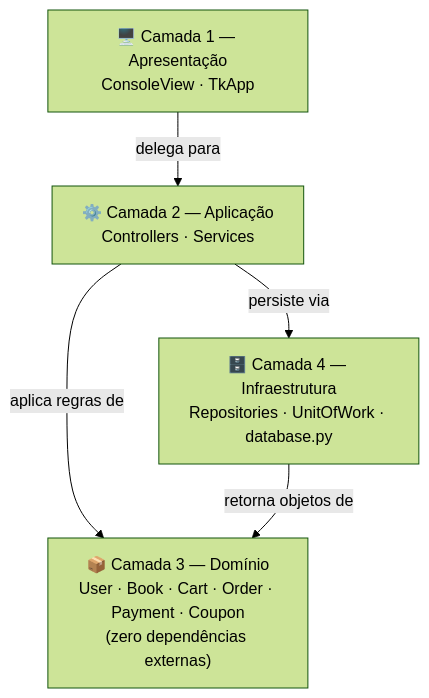
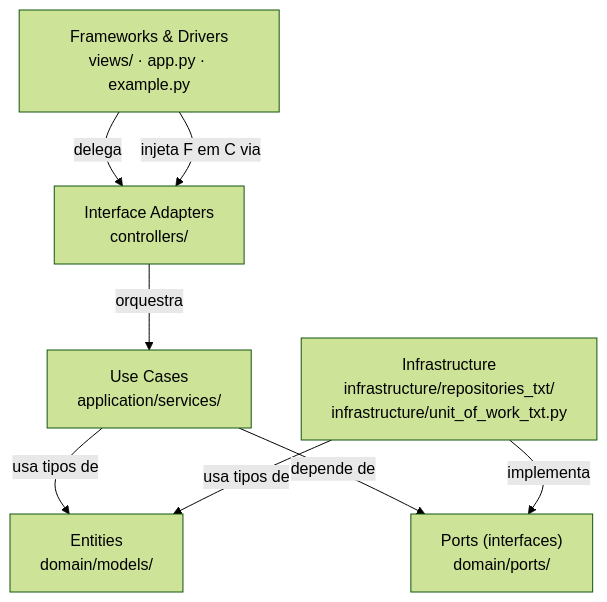
Before and after one commit to lfreires/Lab_Engenharia_Soft_3: the first of 3 diagrams in README.md, drawn with Mermaid (forest theme). The commit also changed other lines of this file and 35 other files, not shown here.

Commit message:
ajuste para a arquitetura clean + persistencia via txt

````diff
--- a/README.md
+++ b/README.md
@@ -31,12 +58,17 @@
 ```mermaid
 graph TD
-    A["🖥️ Camada 1 — Apresentação\nConsoleView · TkApp"]
-    B["⚙️ Camada 2 — Aplicação\nControllers · Services"]
-    C["📦 Camada 3 — Domínio\nUser · Book · Cart · Order · Payment · Coupon\n(zero dependências externas)"]
-    D["🗄️ Camada 4 — Infraestrutura\nRepositories · UnitOfWork · database.py"]
+    A["Frameworks & Drivers\nviews/ · app.py · example.py"]
+    B["Interface Adapters\ncontrollers/"]
+    C["Use Cases\napplication/services/"]
+    D["Entities\ndomain/models/"]
+    E["Ports (interfaces)\ndomain/ports/"]
+    F["Infrastructure\ninfrastructure/repositories_txt/\ninfrastructure/unit_of_work_txt.py"]
 
-    A -->|delega para| B
-    B -->|aplica regras de| C
-    B -->|persiste via| D
-    D -->|retorna objetos de| C
+    A -->|delega| B
+    B -->|orquestra| C
+    C -->|usa tipos de| D
+    C -->|depende de| E
+    F -->|implementa| E
+    F -->|usa tipos de| D
+    A -->|injeta F em C via| B
 ```
````
